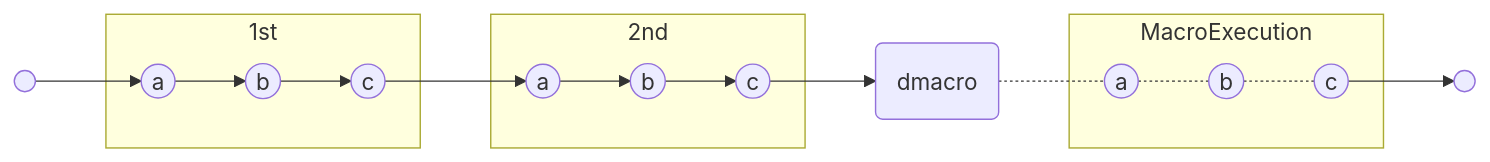
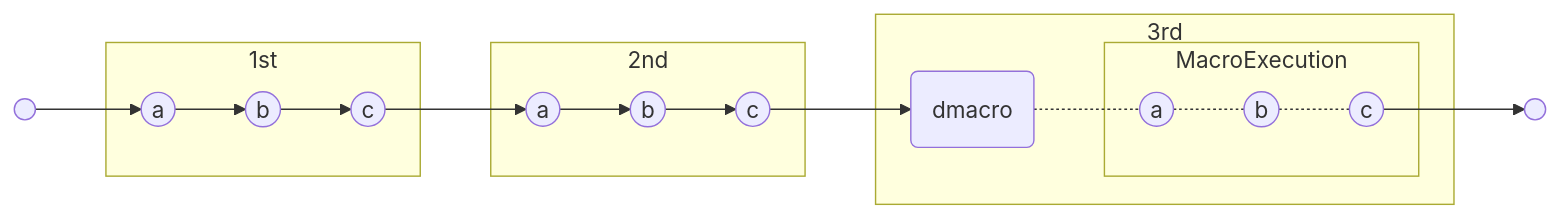
The first of 2 diagrams in README.md (tani/dmacro.vim), drawn with Mermaid before and after one commit. The commit also changed other lines of this file, not shown here.

````diff
--- a/README.md
+++ b/README.md
@@ -26,20 +26,22 @@
   ```mermaid
   graph LR
-  start(( )) --> a1((a))
-  subgraph 1st
-  a1 --> b1((b))
-  b1 --> c1((c))
-  end
-  subgraph 2nd
-  c1 --> a2((a))
-  a2 --> b2((b))
-  b2 --> c2((c))
-  end
-  c2 --> dmacro(dmacro)
-  dmacro -.- a3((a))
-  subgraph MacroExecution
-  a3 -.- b3((b))
-  b3 -.- c3((c))
-  end
-  c3 --> quit(( ))
+    start(( )) --> a1((a))
+    subgraph 1st
+    a1 --> b1((b))
+    b1 --> c1((c))
+    end
+    subgraph 2nd
+    c1 --> a2((a))
+    a2 --> b2((b))
+    b2 --> c2((c))
+    end
+    subgraph 3rd
+    c2 --> dmacro(dmacro)
+    dmacro -.- a3((a))
+    subgraph MacroExecution
+    a3 -.- b3((b))
+    b3 -.- c3((c))
+    end
+    end
+    c3 --> quit(( ))
   ```
````
